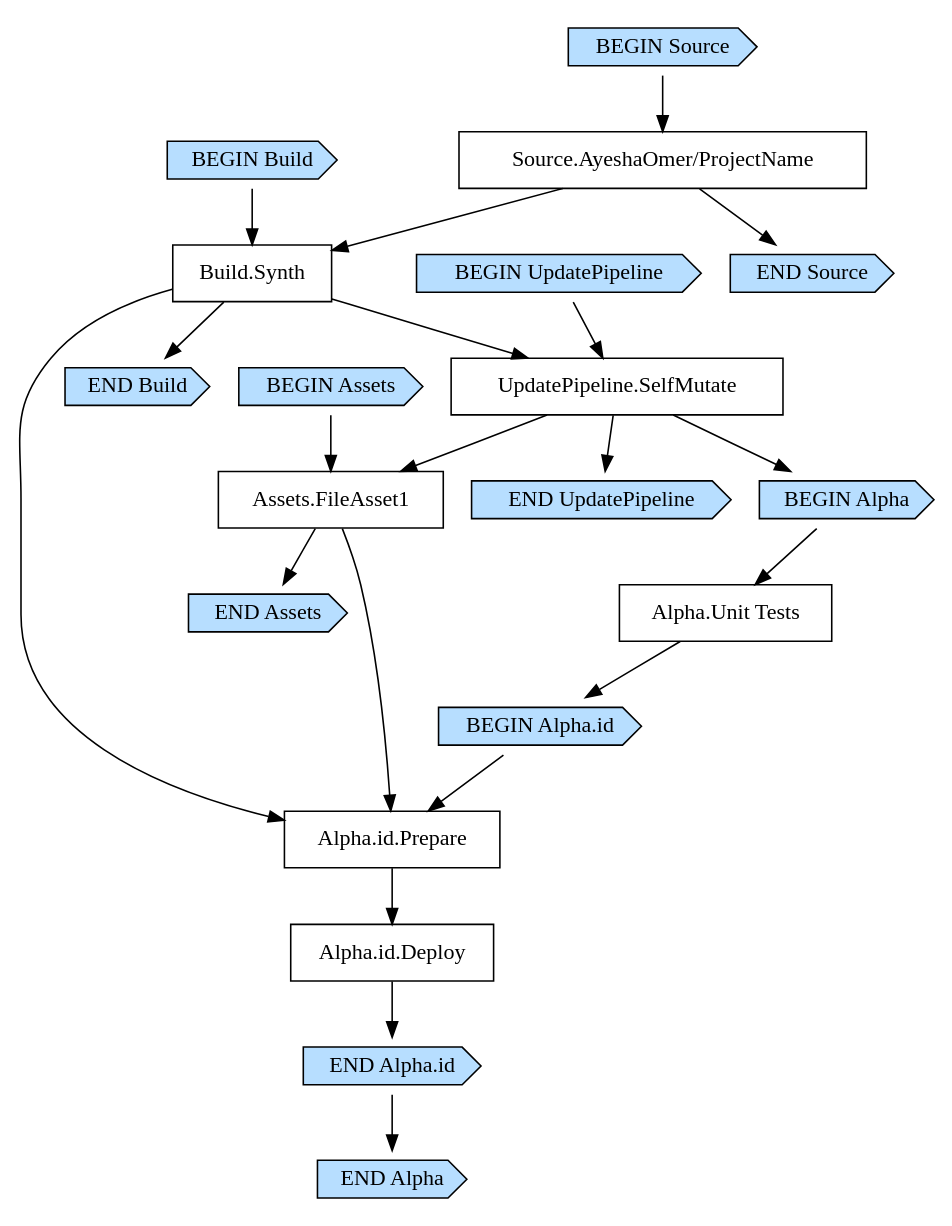
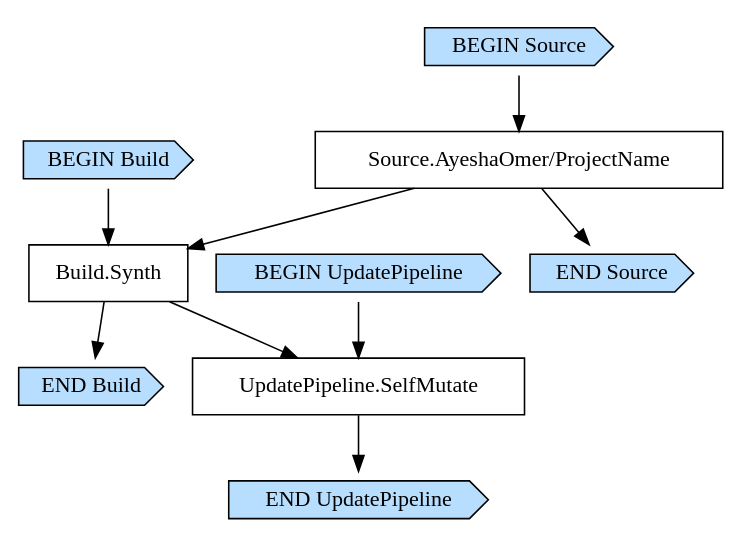
The diagram in Ayesha/cdk.out/PipelineStackpipelineE8F65EF0.dot (AyeshaOmer/ProjectName), drawn with Graphviz before and after one commit. The commit also changed 8 other files, not shown here.

```diff
--- a/Ayesha/cdk.out/PipelineStackpipelineE8F65EF0.dot
+++ b/Ayesha/cdk.out/PipelineStackpipelineE8F65EF0.dot
@@ -1,46 +1,24 @@
 digraph G {
   # Arrows represent an "unlocks" relationship (opposite of dependency). So chosen
   # because the layout looks more natural that way.
   # To represent subgraph dependencies, subgraphs are represented by BEGIN/END nodes.
   # To render: `dot -Tsvg PipelineStackpipelineE8F65EF0.dot > graph.svg`, open in a browser.
   node [shape="box"];
 "BEGIN Build" [shape="cds", style="filled", fillcolor="#b7deff"];
 "END Build" [shape="cds", style="filled", fillcolor="#b7deff"];
 "Build.Synth";
 "Source.AyeshaOmer/ProjectName" -> "Build.Synth";
 "BEGIN Build" -> "Build.Synth";
 "Build.Synth" -> "END Build";
 "BEGIN UpdatePipeline" [shape="cds", style="filled", fillcolor="#b7deff"];
 "END UpdatePipeline" [shape="cds", style="filled", fillcolor="#b7deff"];
 "UpdatePipeline.SelfMutate";
 "Build.Synth" -> "UpdatePipeline.SelfMutate";
 "BEGIN UpdatePipeline" -> "UpdatePipeline.SelfMutate";
 "UpdatePipeline.SelfMutate" -> "END UpdatePipeline";
-"BEGIN Assets" [shape="cds", style="filled", fillcolor="#b7deff"];
-"END Assets" [shape="cds", style="filled", fillcolor="#b7deff"];
-"Assets.FileAsset1";
-"UpdatePipeline.SelfMutate" -> "Assets.FileAsset1";
-"BEGIN Assets" -> "Assets.FileAsset1";
-"Assets.FileAsset1" -> "END Assets";
-"BEGIN Alpha" [shape="cds", style="filled", fillcolor="#b7deff"];
-"END Alpha" [shape="cds", style="filled", fillcolor="#b7deff"];
-"UpdatePipeline.SelfMutate" -> "BEGIN Alpha";
-"BEGIN Alpha.id" [shape="cds", style="filled", fillcolor="#b7deff"];
-"END Alpha.id" [shape="cds", style="filled", fillcolor="#b7deff"];
-"Alpha.Unit Tests" -> "BEGIN Alpha.id";
-"Alpha.id.Deploy";
-"Alpha.id.Prepare" -> "Alpha.id.Deploy";
-"Alpha.id.Prepare";
-"Build.Synth" -> "Alpha.id.Prepare";
-"Assets.FileAsset1" -> "Alpha.id.Prepare";
-"BEGIN Alpha.id" -> "Alpha.id.Prepare";
-"Alpha.id.Deploy" -> "END Alpha.id";
-"Alpha.Unit Tests";
-"BEGIN Alpha" -> "Alpha.Unit Tests";
-"END Alpha.id" -> "END Alpha";
 "BEGIN Source" [shape="cds", style="filled", fillcolor="#b7deff"];
 "END Source" [shape="cds", style="filled", fillcolor="#b7deff"];
 "Source.AyeshaOmer/ProjectName";
 "BEGIN Source" -> "Source.AyeshaOmer/ProjectName";
 "Source.AyeshaOmer/ProjectName" -> "END Source";
 }
```
